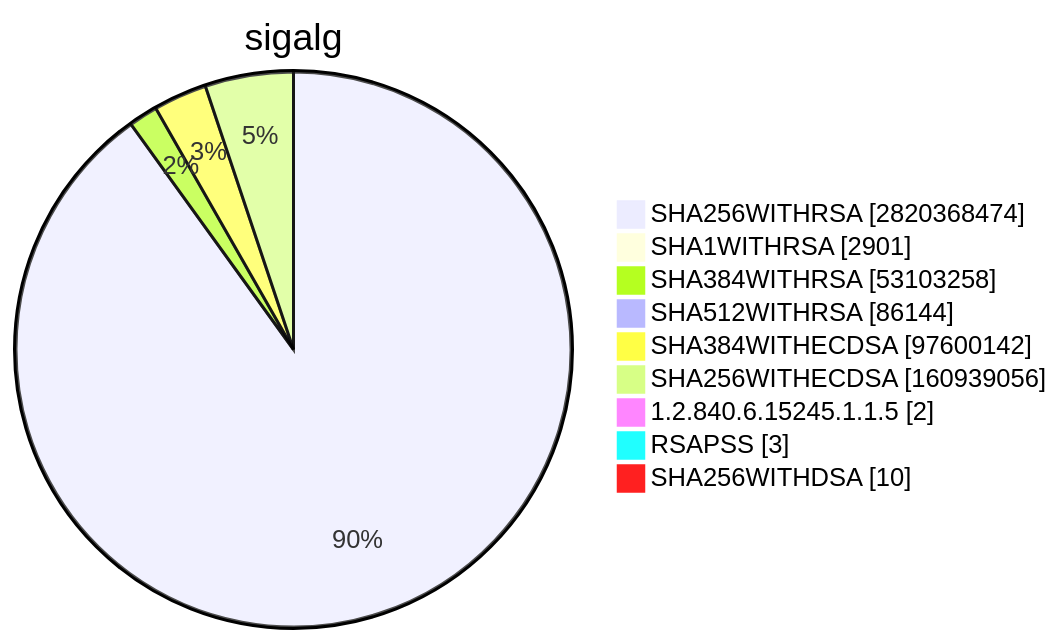
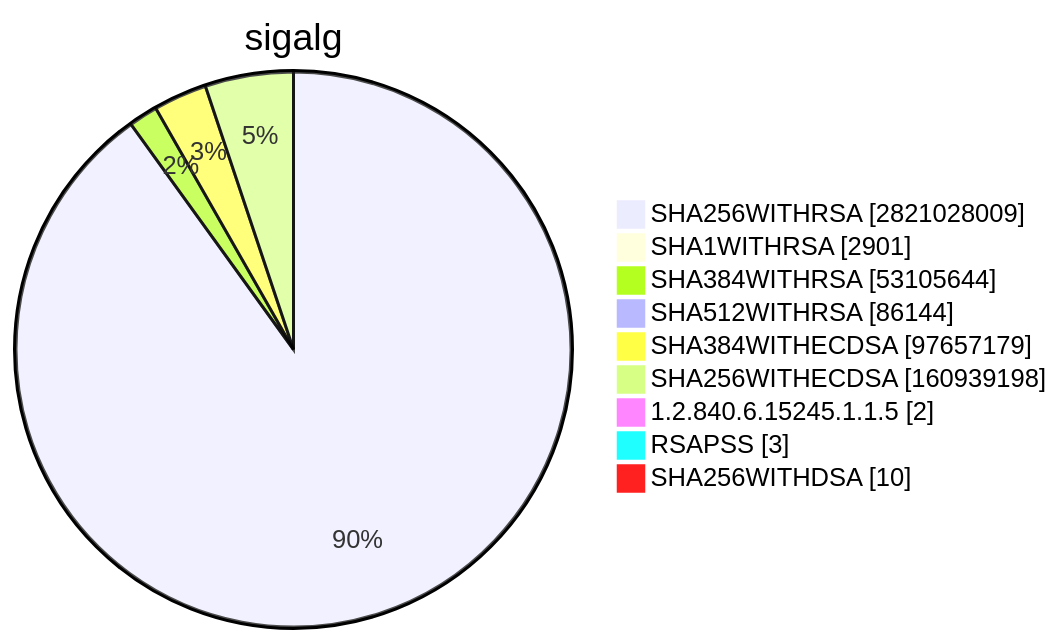
One commit to christiankrug/ctmonitor_visualization changed diagram 15 of 15 in TOTAL/README.md. Above: the diagram before and after it, drawn with Mermaid. The commit also changed other lines of this file, not shown here.

````diff
--- a/TOTAL/README.md
+++ b/TOTAL/README.md
@@ -6207,13 +6207,13 @@
 ```mermaid
 pie showData
 title sigalg
-"SHA256WITHRSA" :2820368474
+"SHA256WITHRSA" :2821028009
 "SHA1WITHRSA" :2901
-"SHA384WITHRSA" :53103258
+"SHA384WITHRSA" :53105644
 "SHA512WITHRSA" :86144
-"SHA384WITHECDSA" :97600142
-"SHA256WITHECDSA" :160939056
+"SHA384WITHECDSA" :97657179
+"SHA256WITHECDSA" :160939198
 "1.2.840.6.15245.1.1.5" :2
 "RSAPSS" :3
 "SHA256WITHDSA" :10
 ```
````
